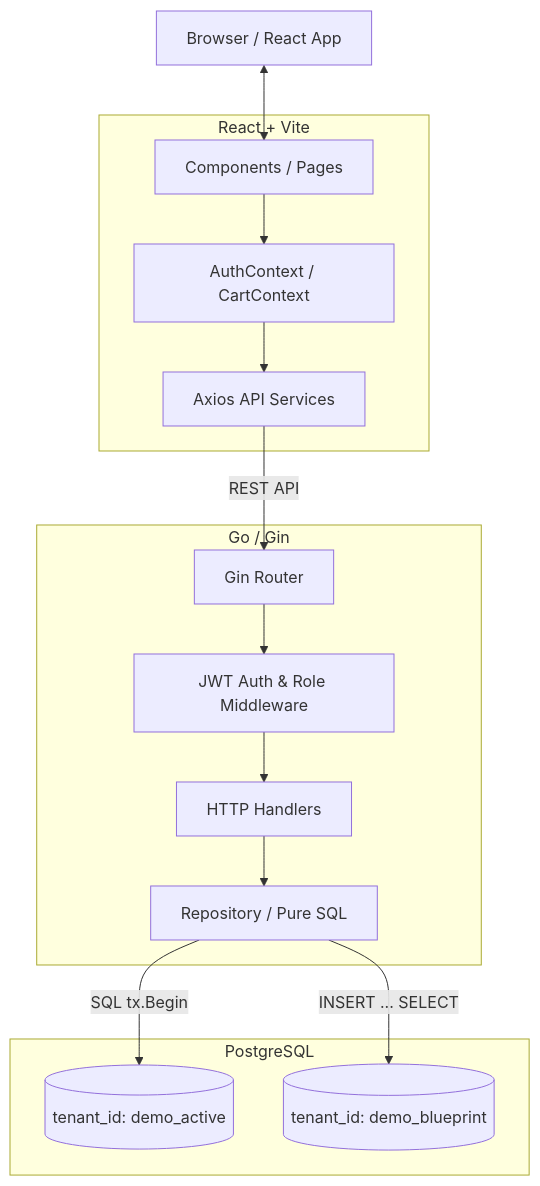
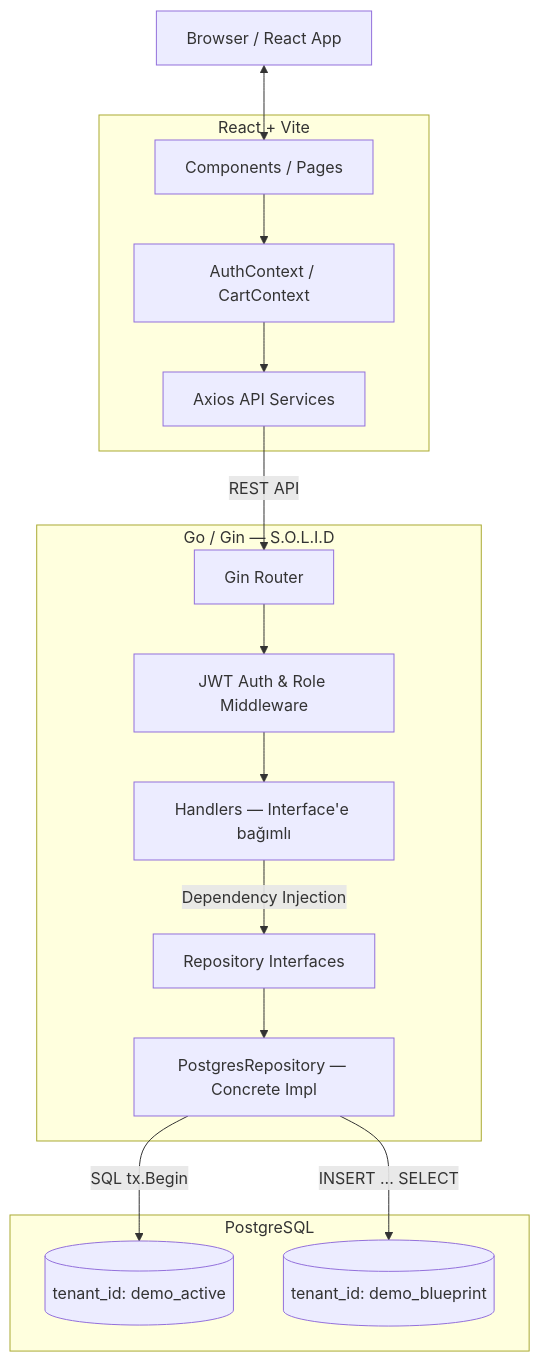
One commit to melihboyaci/BookMarketWGoldenState changed the diagram in README.md. Above: the diagram before and after it, drawn with Mermaid. The commit also changed other lines of this file and 1 other file, not shown here.

````diff
--- a/README.md
+++ b/README.md
@@ -43,32 +44,34 @@
 ```mermaid
 graph TD
     Client[Browser / React App]
     
     subgraph Frontend [React + Vite]
         UI[Components / Pages]
         State[AuthContext / CartContext]
         API_Layer[Axios API Services]
     end
 
-    subgraph Backend [Go / Gin]
+    subgraph Backend [Go / Gin — S.O.L.I.D]
         Router[Gin Router]
         Middleware[JWT Auth & Role Middleware]
-        Handlers[HTTP Handlers]
-        Repo[Repository / Pure SQL]
+        Handlers[Handlers — Interface'e bağımlı]
+        Interfaces[Repository Interfaces]
+        Repo[PostgresRepository — Concrete Impl]
     end
 
     subgraph Database [PostgreSQL]
         ActiveData[(tenant_id: demo_active)]
         BlueprintData[(tenant_id: demo_blueprint)]
     end
 
     Client <--> UI
     UI --> State
     State --> API_Layer
     API_Layer -- REST API --> Router
     Router --> Middleware
     Middleware --> Handlers
-    Handlers --> Repo
+    Handlers -- Dependency Injection --> Interfaces
+    Interfaces --> Repo
     Repo -- SQL tx.Begin --> ActiveData
     Repo -- INSERT ... SELECT --> BlueprintData
 ```
````
